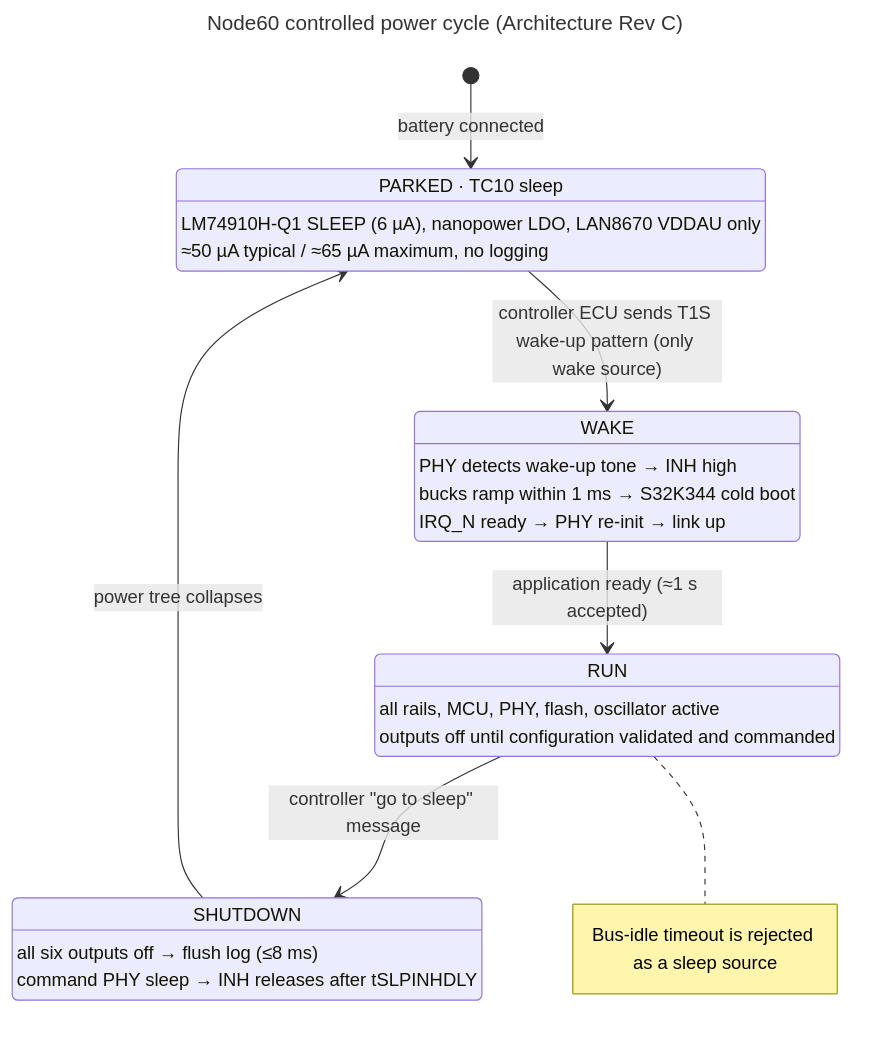
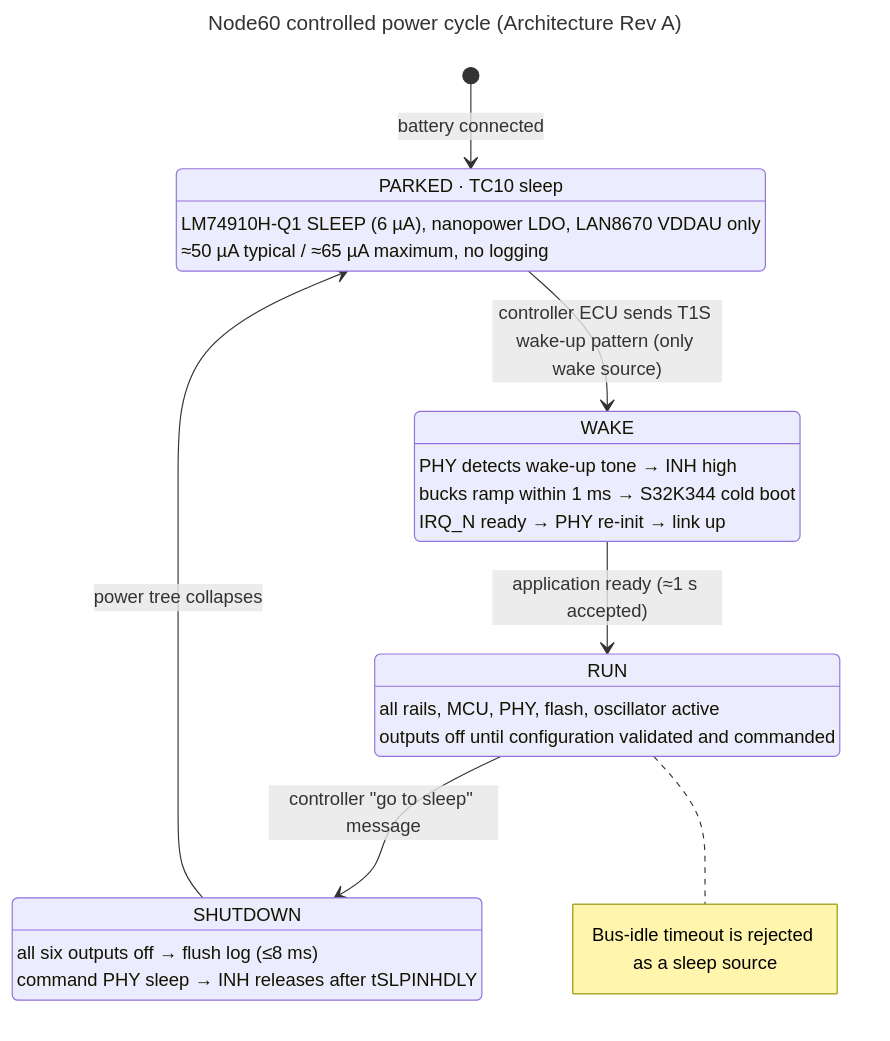
The diagram in docs/src/diagrams/power-cycle.mmd (karlTbowers/node60-hw), drawn with Mermaid before and after one commit. The commit also changed 37 other files, not shown here.

First line of the commit message:
Renumber the architecture from Rev C to Rev A

```diff
--- a/docs/src/diagrams/power-cycle.mmd
+++ b/docs/src/diagrams/power-cycle.mmd
@@ -1,31 +1,31 @@
 ---
-title: Node60 controlled power cycle (Architecture Rev C)
+title: Node60 controlled power cycle (Architecture Rev A)
 ---
 stateDiagram-v2
     [*] --> Parked: battery connected
 
     Parked: PARKED · TC10 sleep
     Parked: LM74910H-Q1 SLEEP (6 µA), nanopower LDO, LAN8670 VDDAU only
     Parked: ≈50 µA typical / ≈65 µA maximum, no logging
 
     Wake: WAKE
     Wake: PHY detects wake-up tone → INH high
     Wake: bucks ramp within 1 ms → S32K344 cold boot
     Wake: IRQ_N ready → PHY re-init → link up
 
     Run: RUN
     Run: all rails, MCU, PHY, flash, oscillator active
     Run: outputs off until configuration validated and commanded
 
     Shutdown: SHUTDOWN
     Shutdown: all six outputs off → flush log (≤8 ms)
     Shutdown: command PHY sleep → INH releases after tSLPINHDLY
 
     Parked --> Wake: controller ECU sends T1S wake-up pattern (only wake source)
     Wake --> Run: application ready (≈1 s accepted)
     Run --> Shutdown: controller "go to sleep" message
     Shutdown --> Parked: power tree collapses
 
     note right of Run
         Bus-idle timeout is rejected as a sleep source
     end note
```
